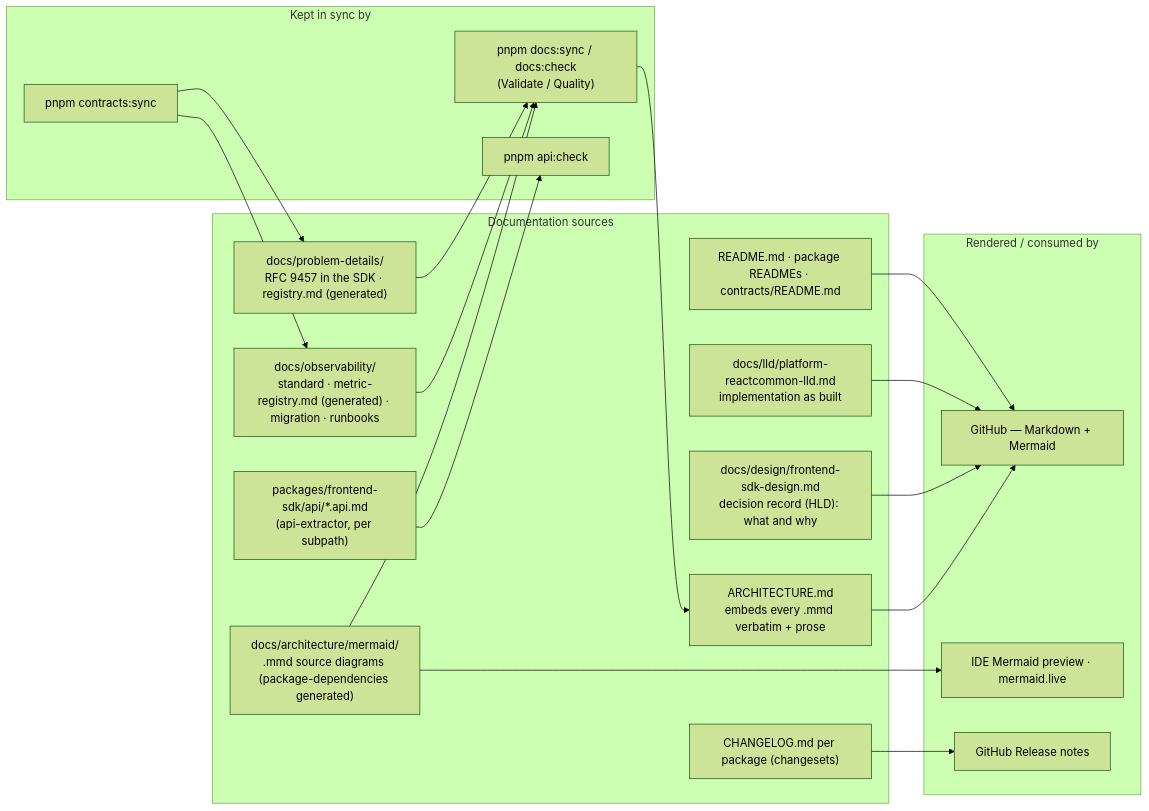
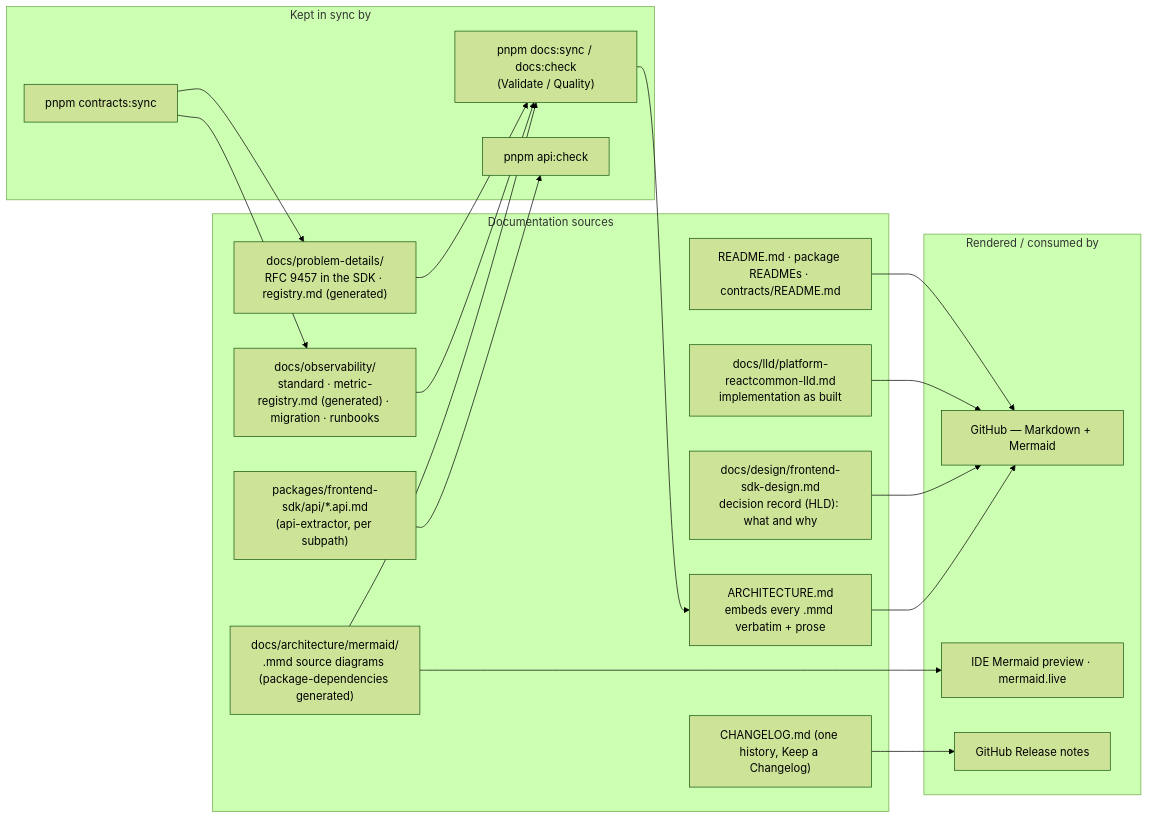
One commit to BCBP-SOLUTIONS-FZC-LLC/platform-reactcommon changed the diagram in docs/architecture/mermaid/documentation-assets.mmd. Above: the diagram before and after it, drawn with Mermaid (forest theme). The commit also changed 15 other files, not shown here.

```diff
--- a/docs/architecture/mermaid/documentation-assets.mmd
+++ b/docs/architecture/mermaid/documentation-assets.mmd
@@ -1,37 +1,37 @@
 graph LR
     subgraph sources["Documentation sources"]
         design["docs/design/frontend-sdk-design.md<br/>decision record (HLD): what and why"]
         mmd["docs/architecture/mermaid/<br/>.mmd source diagrams (package-dependencies generated)"]
         arch["ARCHITECTURE.md<br/>embeds every .mmd verbatim + prose"]
         lld["docs/lld/platform-reactcommon-lld.md<br/>implementation as built"]
         obs["docs/observability/<br/>standard · metric-registry.md (generated) · migration · runbooks"]
         pd["docs/problem-details/<br/>RFC 9457 in the SDK · registry.md (generated)"]
         readme["README.md · package READMEs · contracts/README.md"]
         api["packages/frontend-sdk/api/*.api.md<br/>(api-extractor, per subpath)"]
-        cs["CHANGELOG.md per package (changesets)"]
+        cs["CHANGELOG.md (one history, Keep a Changelog)"]
     end
 
     subgraph checks["Kept in sync by"]
         dsync["pnpm docs:sync / docs:check<br/>(Validate / Quality)"]
         apic["pnpm api:check"]
         csync["pnpm contracts:sync"]
     end
 
     subgraph rendered["Rendered / consumed by"]
         gh["GitHub — Markdown + Mermaid"]
         ide["IDE Mermaid preview · mermaid.live"]
         rel["GitHub Release notes"]
     end
 
     csync --> obs
     csync --> pd
     mmd --> dsync --> arch
     obs --> dsync
     pd --> dsync
     api --> apic
     arch --> gh
     design --> gh
     lld --> gh
     readme --> gh
     mmd --> ide
     cs --> rel
```
